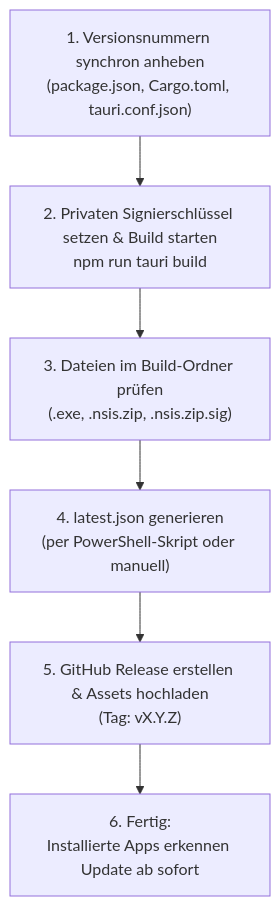
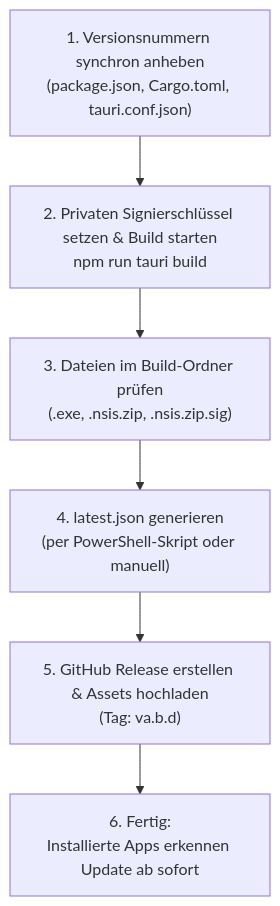
One commit to dryanwhitney-hub/LineageGraph changed the diagram in HOWTO_RELEASE_UPDATES.md. Above: the diagram before and after it, drawn with Mermaid. The commit also changed other lines of this file, not shown here.

Commit message:
Updating HowTo Release

````diff
--- a/HOWTO_RELEASE_UPDATES.md
+++ b/HOWTO_RELEASE_UPDATES.md
@@ -9,8 +9,8 @@
 ```mermaid
 flowchart TD
     Step1["1. Versionsnummern synchron anheben<br/>(package.json, Cargo.toml, tauri.conf.json)"] --> Step2["2. Privaten Signierschlüssel setzen & Build starten<br/>npm run tauri build"]
     Step2 --> Step3["3. Dateien im Build-Ordner prüfen<br/>(.exe, .nsis.zip, .nsis.zip.sig)"]
     Step3 --> Step4["4. latest.json generieren<br/>(per PowerShell-Skript oder manuell)"]
-    Step4 --> Step5["5. GitHub Release erstellen & Assets hochladen<br/>(Tag: vX.Y.Z)"]
+    Step4 --> Step5["5. GitHub Release erstellen & Assets hochladen<br/>(Tag: va.b.d)"]
     Step5 --> Step6["6. Fertig:<br/>Installierte Apps erkennen Update ab sofort"]
 ```
````
